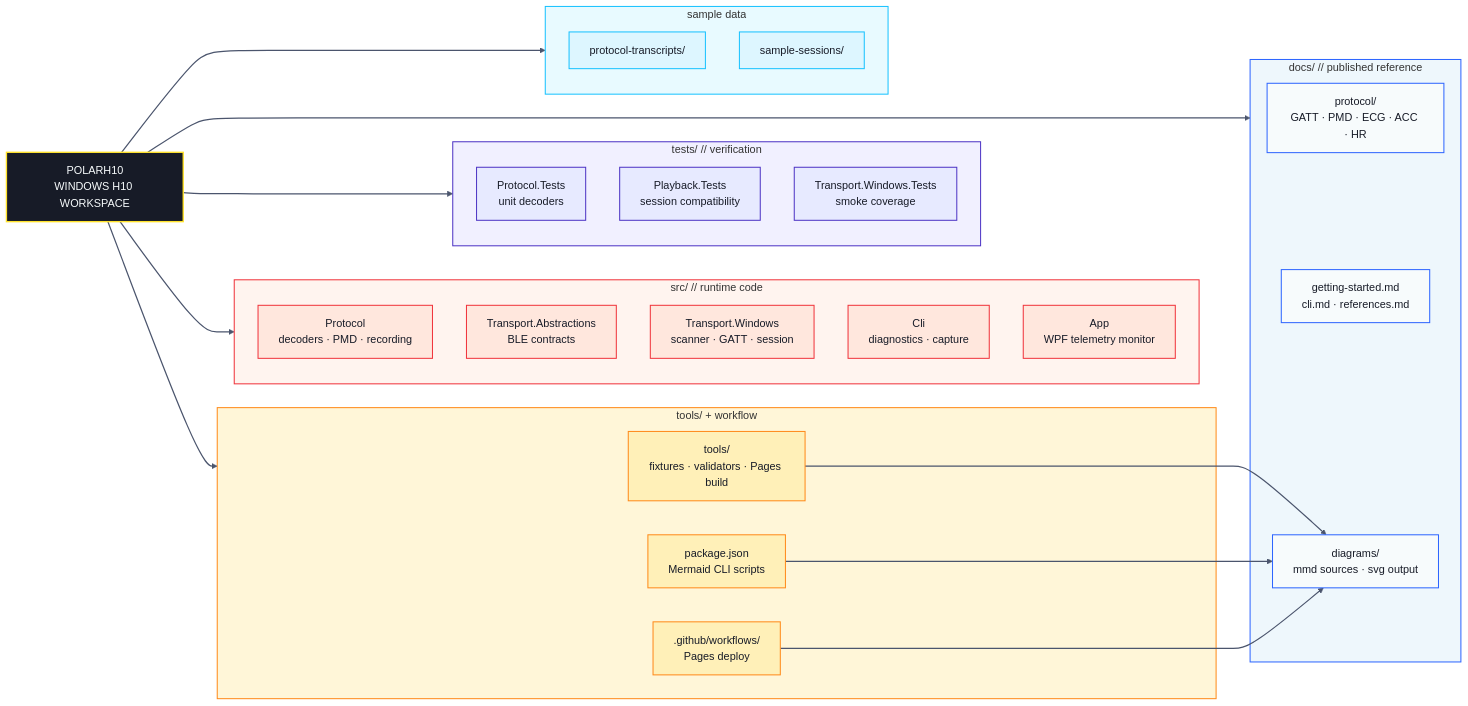
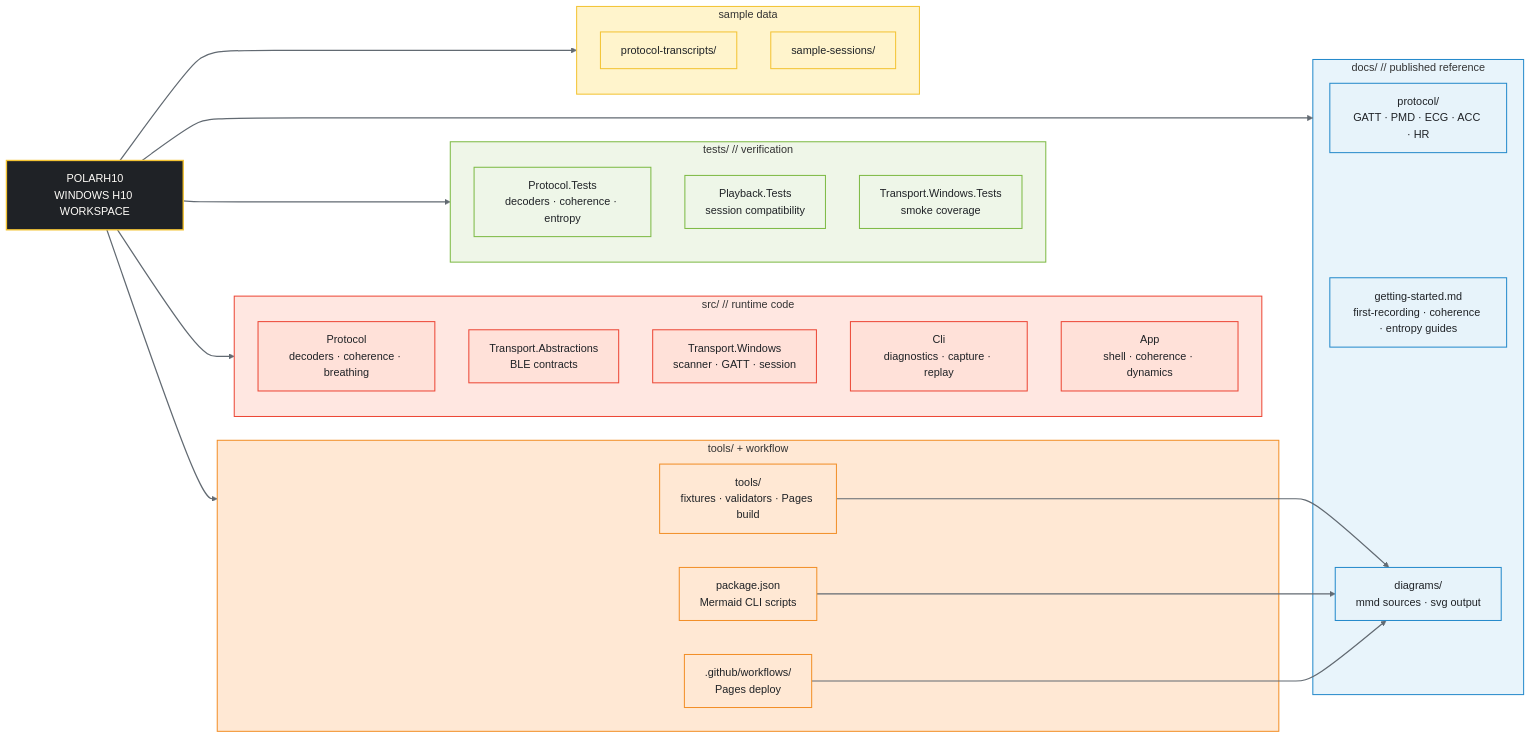
Before and after one commit to MesmerPrism/PolarH10: the first of 3 diagrams in README.md, drawn with Mermaid (forest theme). The commit also changed other lines of this file and 90 other files, not shown here.

````diff
--- a/README.md
+++ b/README.md
@@ -27,64 +185,64 @@
 ```mermaid
 flowchart LR
     R["POLARH10<br/>WINDOWS H10 WORKSPACE"]
 
     subgraph Source["src/ // runtime code"]
-        P1["Protocol<br/>decoders · PMD · recording"]
+        P1["Protocol<br/>decoders · coherence · breathing"]
         P2["Transport.Abstractions<br/>BLE contracts"]
         P3["Transport.Windows<br/>scanner · GATT · session"]
-        P4["Cli<br/>diagnostics · capture"]
-        P5["App<br/>WPF telemetry monitor"]
+        P4["Cli<br/>diagnostics · capture · replay"]
+        P5["App<br/>shell · coherence · dynamics"]
     end
 
     subgraph Tests["tests/ // verification"]
-        T1["Protocol.Tests<br/>unit decoders"]
+        T1["Protocol.Tests<br/>decoders · coherence · entropy"]
         T2["Playback.Tests<br/>session compatibility"]
         T3["Transport.Windows.Tests<br/>smoke coverage"]
     end
 
     subgraph Docs["docs/ // published reference"]
         D1["protocol/<br/>GATT · PMD · ECG · ACC · HR"]
-        D2["getting-started.md<br/>cli.md · references.md"]
+        D2["getting-started.md<br/>first-recording · coherence · entropy guides"]
         D3["diagrams/<br/>mmd sources · svg output"]
     end
 
     subgraph Tooling["tools/ + workflow"]
         TL1["tools/<br/>fixtures · validators · Pages build"]
         TL2["package.json<br/>Mermaid CLI scripts"]
         TL3[".github/workflows/<br/>Pages deploy"]
     end
 
     subgraph Samples["sample data"]
         S1["protocol-transcripts/"]
         S2["sample-sessions/"]
     end
 
     R --> Source
     R --> Tests
     R --> Docs
     R --> Tooling
     R --> Samples
     TL1 --> D3
     TL2 --> D3
     TL3 --> D3
 
-    style Source fill:#FFF4EF,stroke:#F0343C,stroke-width:1.5px;
-    style Tests fill:#F1F0FF,stroke:#4E35C5,stroke-width:1.5px;
-    style Docs fill:#EEF7FC,stroke:#2E66FF,stroke-width:1.5px;
-    style Tooling fill:#FFF6D8,stroke:#FF8A1A,stroke-width:1.5px;
-    style Samples fill:#E8FAFF,stroke:#18C2FF,stroke-width:1.5px;
+    style Source fill:#FFE7E1,stroke:#EC4736,stroke-width:1.5px;
+    style Tests fill:#EFF6E8,stroke:#7DBA44,stroke-width:1.5px;
+    style Docs fill:#E8F4FB,stroke:#258ACB,stroke-width:1.5px;
+    style Tooling fill:#FFE8D4,stroke:#F28F28,stroke-width:1.5px;
+    style Samples fill:#FFF4CC,stroke:#F3C333,stroke-width:1.5px;
 
-    classDef hub fill:#171B27,stroke:#FFE22B,color:#F7FBFC,stroke-width:2px;
-    classDef source fill:#FFE7DD,stroke:#F0343C,color:#171B27,stroke-width:1.5px;
-    classDef tests fill:#E7EAFF,stroke:#4E35C5,color:#171B27,stroke-width:1.5px;
-    classDef docs fill:#F7FBFC,stroke:#2E66FF,color:#171B27,stroke-width:1.5px;
-    classDef tooling fill:#FFF0B8,stroke:#FF8A1A,color:#171B27,stroke-width:1.5px;
-    classDef sample fill:#DDF6FF,stroke:#18C2FF,color:#171B27,stroke-width:1.5px;
+    classDef hub fill:#1F2226,stroke:#F3C333,color:#FFFDF9,stroke-width:2px;
+    classDef source fill:#FFE1D9,stroke:#EC4736,color:#1F2226,stroke-width:1.5px;
+    classDef tests fill:#EEF6E8,stroke:#7DBA44,color:#1F2226,stroke-width:1.5px;
+    classDef docs fill:#E7F3FA,stroke:#258ACB,color:#1F2226,stroke-width:1.5px;
+    classDef tooling fill:#FFE8D4,stroke:#F28F28,color:#1F2226,stroke-width:1.5px;
+    classDef sample fill:#FFF4CC,stroke:#F3C333,color:#1F2226,stroke-width:1.5px;
     class R hub;
     class P1,P2,P3,P4,P5 source;
     class T1,T2,T3 tests;
     class D1,D2,D3 docs;
     class TL1,TL2,TL3 tooling;
     class S1,S2 sample;
-    linkStyle default stroke:#4B556D,stroke-width:1.8px;
+    linkStyle default stroke:#626A72,stroke-width:1.8px;
 ```
````
